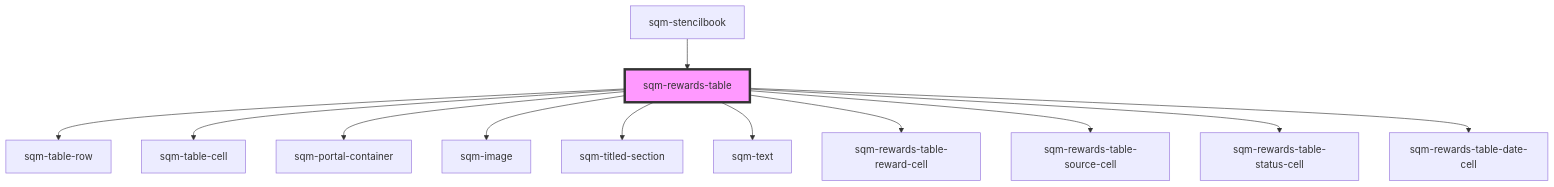
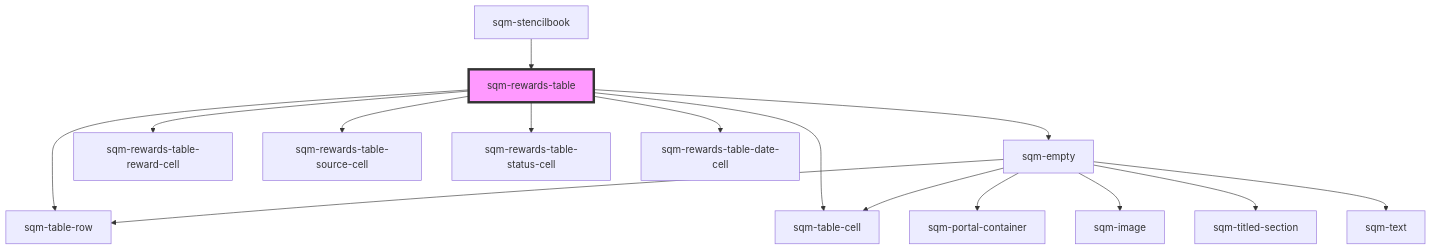
Before and after one commit to saasquatch/program-tools: the diagram in packages/mint-components/src/components/sqm-rewards-table/readme.md, drawn with Mermaid. The commit also changed other lines of this file and 33 other files, not shown here.

````diff
--- a/packages/mint-components/src/components/sqm-rewards-table/readme.md
+++ b/packages/mint-components/src/components/sqm-rewards-table/readme.md
@@ -46,15 +40,18 @@
 ```mermaid
 graph TD;
   sqm-rewards-table --> sqm-table-row
   sqm-rewards-table --> sqm-table-cell
-  sqm-rewards-table --> sqm-portal-container
-  sqm-rewards-table --> sqm-image
-  sqm-rewards-table --> sqm-titled-section
-  sqm-rewards-table --> sqm-text
+  sqm-rewards-table --> sqm-empty
   sqm-rewards-table --> sqm-rewards-table-reward-cell
   sqm-rewards-table --> sqm-rewards-table-source-cell
   sqm-rewards-table --> sqm-rewards-table-status-cell
   sqm-rewards-table --> sqm-rewards-table-date-cell
+  sqm-empty --> sqm-portal-container
+  sqm-empty --> sqm-image
+  sqm-empty --> sqm-titled-section
+  sqm-empty --> sqm-text
+  sqm-empty --> sqm-table-row
+  sqm-empty --> sqm-table-cell
   sqm-stencilbook --> sqm-rewards-table
   style sqm-rewards-table fill:#f9f,stroke:#333,stroke-width:4px
 ```
````
